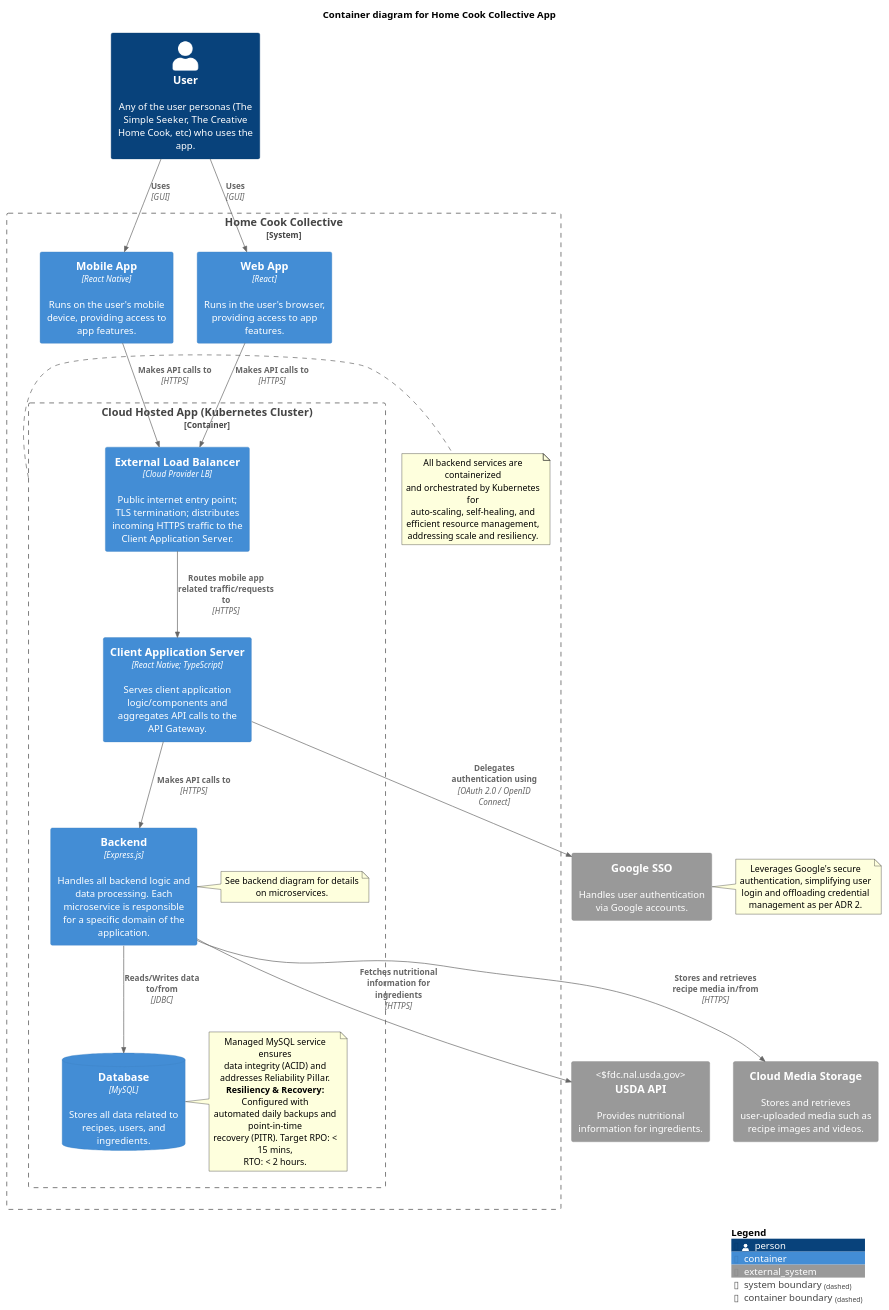
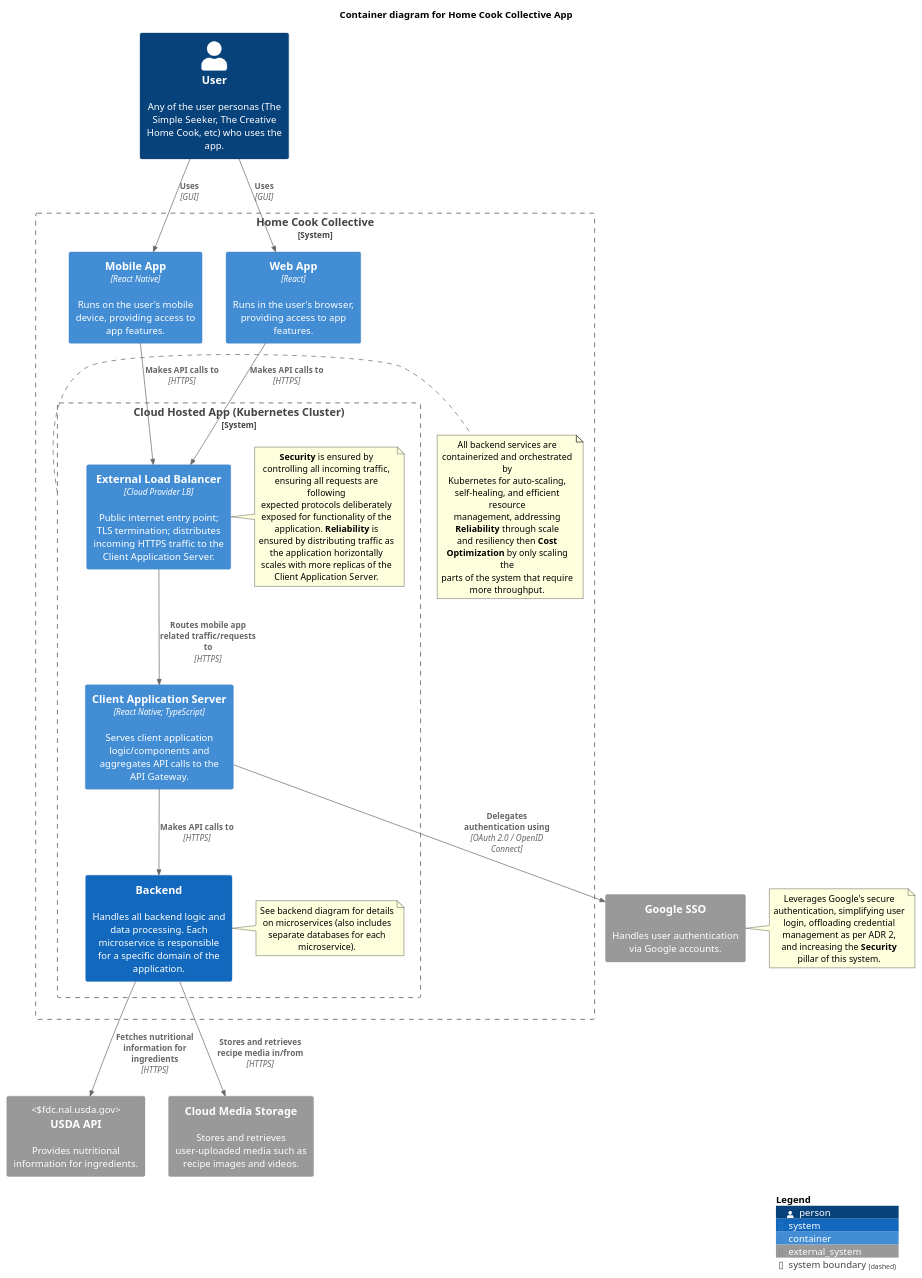
The diagram in diagrams/src/hcc-container.puml (darius-despain/SE577-SoftwareArchitecture), drawn with PlantUML before and after one commit. The commit also changed 1 other file, not shown here.

Commit message:
Updated to have more descriptive notes. not done yet

```diff
--- a/diagrams/src/hcc-container.puml
+++ b/diagrams/src/hcc-container.puml
@@ -1,68 +1,72 @@
 @startuml "Home-Cook-Collective-Container"
 !include ../C4_Container.puml
 
 title Container diagram for Home Cook Collective App
 
 Person(user, "User", "Any of the user personas (The Simple Seeker, The Creative Home Cook, etc) who uses the app.")
 
 System_Ext(usda_api, "USDA API","Provides nutritional information for ingredients.", "fdc.nal.usda.gov")
 System_Ext(google_sso_ext, "Google SSO", "Handles user authentication via Google accounts.")
 note right of google_sso_ext
     Leverages Google's secure
     authentication, simplifying user
-    login and offloading credential
-    management as per ADR 2.
+    login, offloading credential
+    management as per ADR 2,
+    and increasing the **Security**
+    pillar of this system.
 end note
 System_Ext(media_storage_ext, "Cloud Media Storage", "Stores and retrieves user-uploaded media such as recipe images and videos.")
 
 System_Boundary(hcc_system, "Home Cook Collective") {
     Container(mobile_app_client, "Mobile App", "React Native", "Runs on the user's mobile device, providing access to app features.")
     Container(web_app_client, "Web App", "React", "Runs in the user's browser, providing access to app features.")
 
-    Container_Boundary(hcc_k8s_cluster, "Cloud Hosted App (Kubernetes Cluster)") {
+    System_Boundary(hcc_k8s_cluster, "Cloud Hosted App (Kubernetes Cluster)") {
 
         Container(external_lb, "External Load Balancer", "Cloud Provider LB", "Public internet entry point; TLS termination; distributes incoming HTTPS traffic to the Client Application Server.")
+        note right of external_lb
+            **Security** is ensured by
+            controlling all incoming traffic,
+            ensuring all requests are following
+            expected protocols deliberately
+            exposed for functionality of the
+            application. **Reliability** is ensured by distributing traffic as the application horizontally scales with more replicas of the Client Application Server.
+        end note
 
         Container(web_server, "Client Application Server", "React Native; TypeScript", "Serves client application logic/components and aggregates API calls to the API Gateway.")
 
-        Container(backend, "Backend", "Express.js", "Handles all backend logic and data processing. Each microservice is responsible for a specific domain of the application.")
+        System(backend, "Backend", "Handles all backend logic and data processing. Each microservice is responsible for a specific domain of the application.")
         note right of backend
-            See backend diagram for details on microservices.
-        end note
-
-        ContainerDb(db, "Database", "MySQL", "Stores all data related to recipes, users, and ingredients.")
-        note right of db
-            Managed MySQL service ensures
-            data integrity (ACID) and addresses Reliability Pillar.
-            **Resiliency & Recovery:** Configured with
-            automated daily backups and point-in-time
-            recovery (PITR). Target RPO: < 15 mins,
-            RTO: < 2 hours.
+            See backend diagram for details on microservices (also includes separate databases for each microservice).
         end note
     }
     note right of hcc_k8s_cluster
-        All backend services are containerized
-        and orchestrated by Kubernetes for
-        auto-scaling, self-healing, and
-        efficient resource management,
-        addressing scale and resiliency.
+        All backend services are
+        containerized and orchestrated by
+        Kubernetes for auto-scaling,
+        self-healing, and efficient resource
+        management, addressing
+        **Reliability** through scale
+        and resiliency then **Cost**
+        **Optimization** by only scaling the
+        parts of the system that require
+        more throughput.
     end note
 }
 
 Rel(user, mobile_app_client, "Uses", "GUI")
 Rel(user, web_app_client, "Uses", "GUI")
 
 Rel(mobile_app_client, external_lb, "Makes API calls to", "HTTPS")
 Rel(web_app_client, external_lb, "Makes API calls to", "HTTPS")
 
 Rel(external_lb, web_server, "Routes mobile app related traffic/requests to", "HTTPS")
 
 Rel(web_server, backend, "Makes API calls to", "HTTPS")
 Rel(web_server, google_sso_ext, "Delegates authentication using", "OAuth 2.0 / OpenID Connect")
 
 Rel(backend, usda_api, "Fetches nutritional information for ingredients", "HTTPS")
-Rel(backend, db, "Reads/Writes data to/from", "JDBC")
 Rel(backend, media_storage_ext, "Stores and retrieves recipe media in/from", "HTTPS")
 
 SHOW_LEGEND()
 @enduml
```
